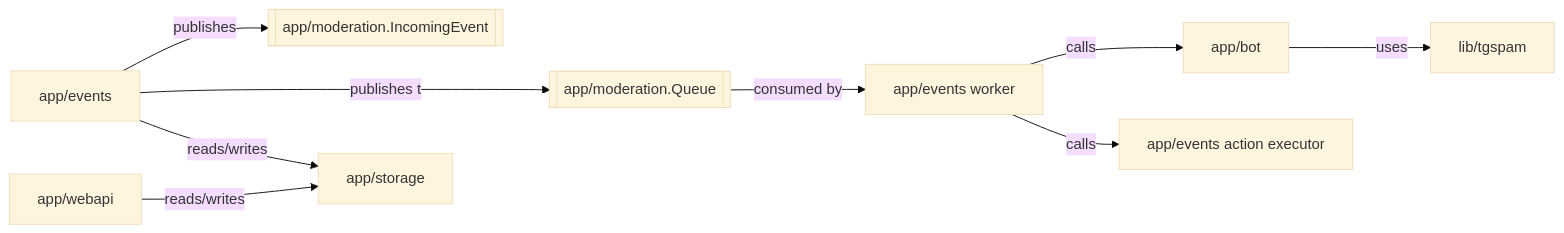
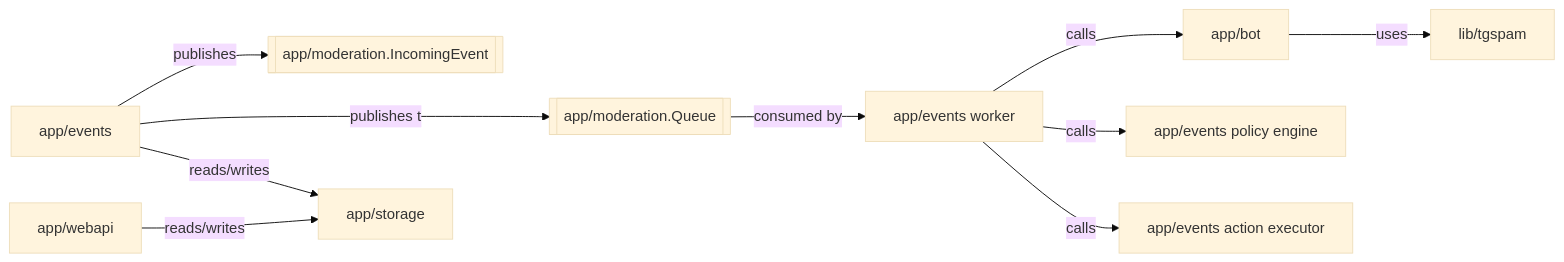
Before and after one commit to redstone-md/shield: the second of 3 diagrams in docs/Architecture.md, drawn with Mermaid (base theme). The commit also changed other lines of this file and 8 other files, not shown here.

Commit message:
refactor: extract moderation policy engine

````diff
--- a/docs/Architecture.md
+++ b/docs/Architecture.md
@@ -51,21 +51,23 @@
 ```mermaid
 flowchart LR
   Gateway[app/events]
   Queue[[app/moderation.Queue]]
   Event[[app/moderation.IncomingEvent]]
   Worker[app/events worker]
+  Policy[app/events policy engine]
   Detection[app/bot]
   ActionExec[app/events action executor]
   DetectorLib[lib/tgspam]
   Storage[app/storage]
   WebAPI[app/webapi]
 
   Gateway --publishes--> Event
   Gateway --publishes to--> Queue
   Queue --consumed by--> Worker
   Worker --calls--> Detection
+  Worker --calls--> Policy
   Worker --calls--> ActionExec
   Detection --uses--> DetectorLib
   Gateway --reads/writes--> Storage
   WebAPI --reads/writes--> Storage
 ```
````
